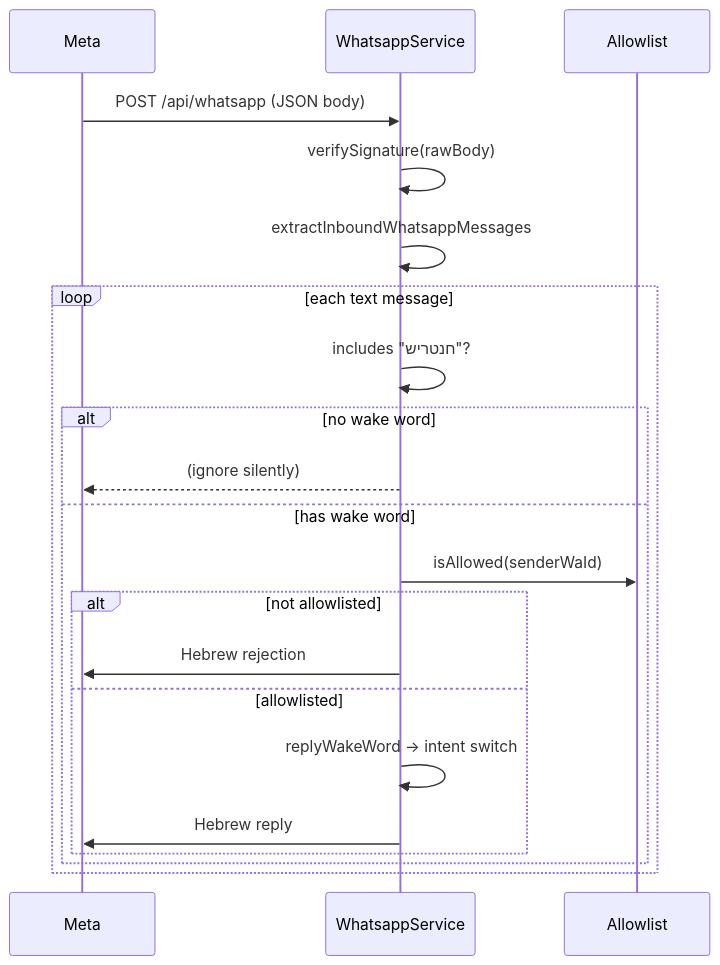
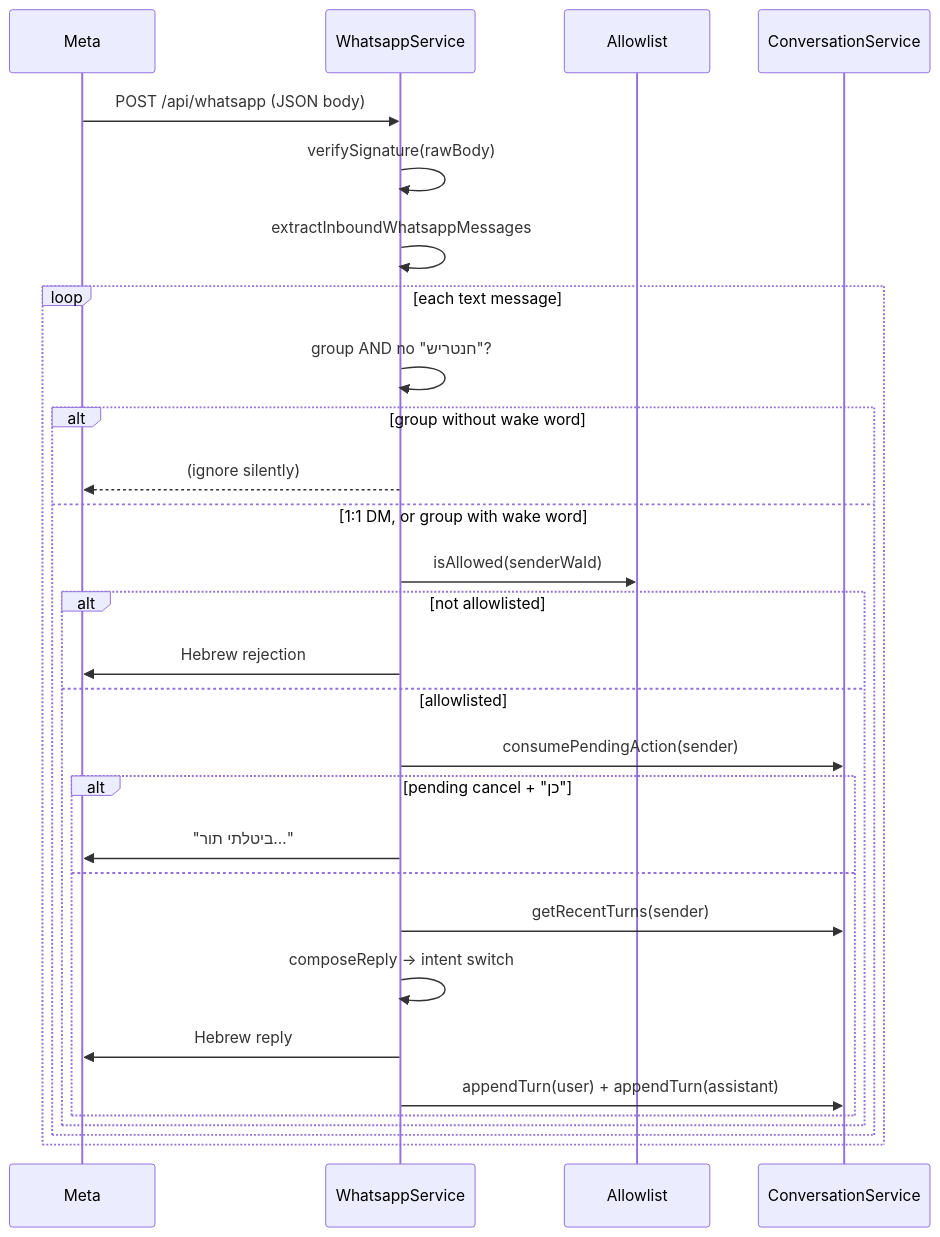
One commit to stavbarak/medflow-ai changed the second of 2 diagrams in summaries/stage-4-whatsapp-module.md. Above: the diagram before and after it, drawn with Mermaid. The commit also changed other lines of this file and 6 other files, not shown here.

````diff
--- a/summaries/stage-4-whatsapp-module.md
+++ b/summaries/stage-4-whatsapp-module.md
@@ -59,23 +64,31 @@
 ```mermaid
 sequenceDiagram
   participant M as Meta
   participant W as WhatsappService
   participant A as Allowlist
+  participant CV as ConversationService
   M->>W: POST /api/whatsapp (JSON body)
   W->>W: verifySignature(rawBody)
   W->>W: extractInboundWhatsappMessages
   loop each text message
-    W->>W: includes "חנטריש"?
-    alt no wake word
+    W->>W: group AND no "חנטריש"?
+    alt group without wake word
       W-->>M: (ignore silently)
-    else has wake word
+    else 1:1 DM, or group with wake word
       W->>A: isAllowed(senderWaId)
       alt not allowlisted
         W->>M: Hebrew rejection
       else allowlisted
-        W->>W: replyWakeWord → intent switch
-        W->>M: Hebrew reply
+        W->>CV: consumePendingAction(sender)
+        alt pending cancel + "כן"
+          W->>M: "ביטלתי תור…"
+        else
+          W->>CV: getRecentTurns(sender)
+          W->>W: composeReply → intent switch
+          W->>M: Hebrew reply
+          W->>CV: appendTurn(user) + appendTurn(assistant)
+        end
       end
     end
   end
 ```
````
